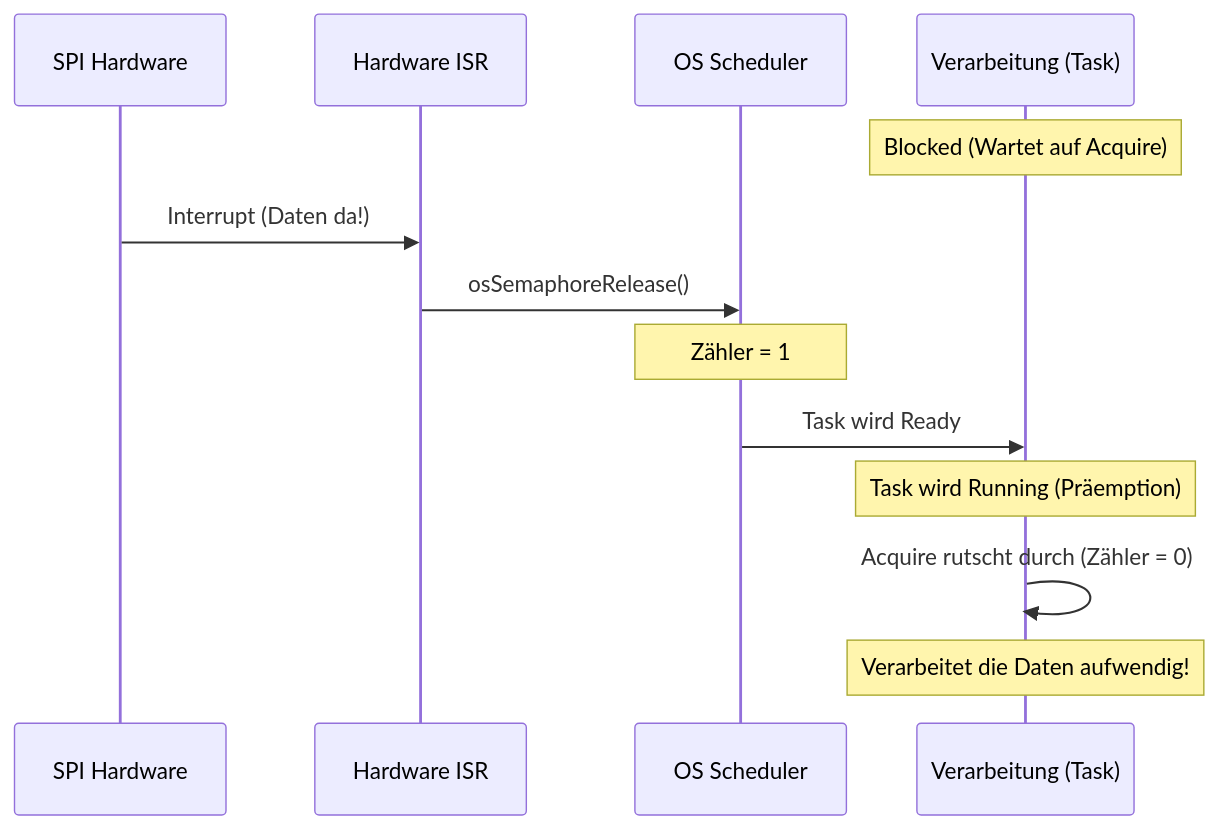
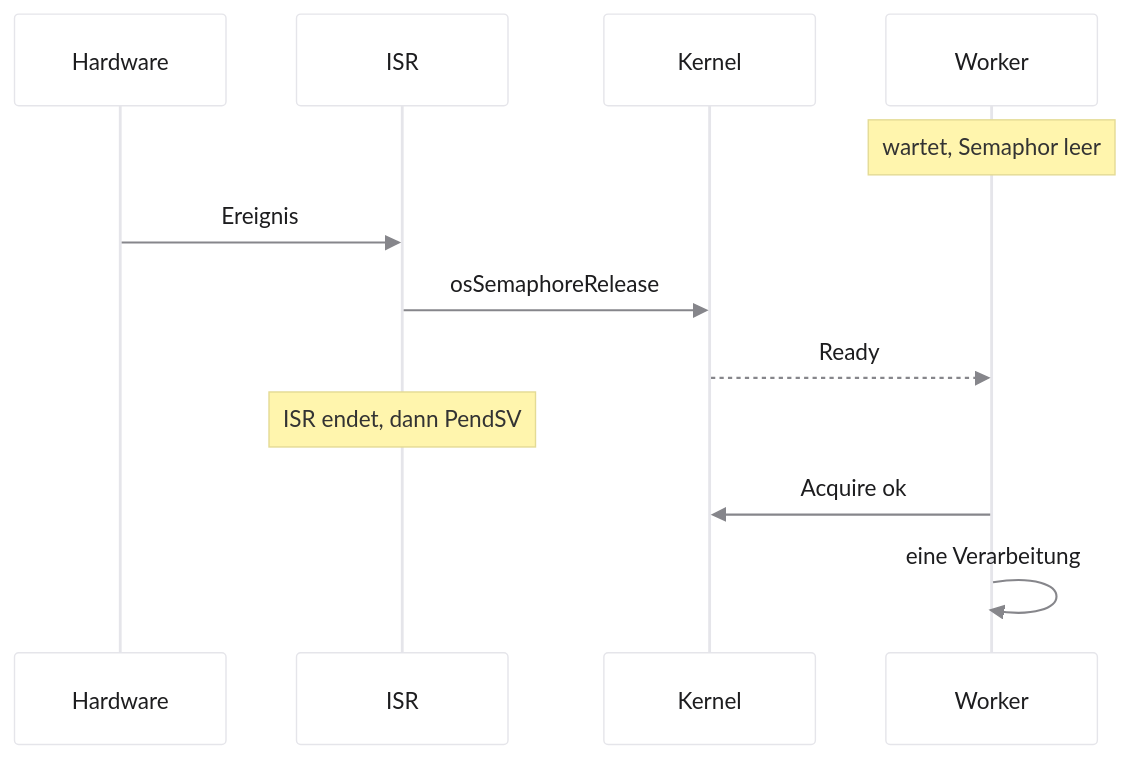
One commit to dantschi/echtzeitsysteme changed the third of 4 diagrams in vorlesungen/04_synchronisation-ressourcen.qmd. Above: the diagram before and after it, drawn with Mermaid. The commit also changed other lines of this file and 2 other files, not shown here.

````diff
--- a/vorlesungen/04_synchronisation-ressourcen.qmd
+++ b/vorlesungen/04_synchronisation-ressourcen.qmd
@@ -450,16 +418,16 @@
 ```{mermaid}
+%%| fig-width: 6.4
+%%{init: {'theme': 'base', 'themeVariables': {'background': '#FFFFFF', 'primaryColor': '#FFFFFF', 'primaryBorderColor': '#E5E5EA', 'primaryTextColor': '#1D1D1F', 'lineColor': '#86868B', 'actorBkg': '#FFFFFF', 'actorBorder': '#E5E5EA', 'signalColor': '#86868B'}}}%%
 sequenceDiagram
-    participant Hardware as SPI Hardware
-    participant ISR as Hardware ISR
-    participant OS as OS Scheduler
-    participant Task as Verarbeitung (Task)
-
-    Note over Task: Blocked (Wartet auf Acquire)
-    Hardware->>ISR: Interrupt (Daten da!)
-    ISR->>OS: osSemaphoreRelease()
-    Note over OS: Zähler = 1
-    OS->>Task: Task wird Ready
-    Note over Task: Task wird Running (Präemption)
-    Task->>Task: Acquire rutscht durch (Zähler = 0)
-    Note over Task: Verarbeitet die Daten aufwendig!
+  participant HW as Hardware
+  participant ISR as ISR
+  participant K as Kernel
+  participant W as Worker
+  Note over W: wartet, Semaphor leer
+  HW->>ISR: Ereignis
+  ISR->>K: osSemaphoreRelease
+  K-->>W: Ready
+  Note over ISR: ISR endet, dann PendSV
+  W->>K: Acquire ok
+  W->>W: eine Verarbeitung
 ```
````
